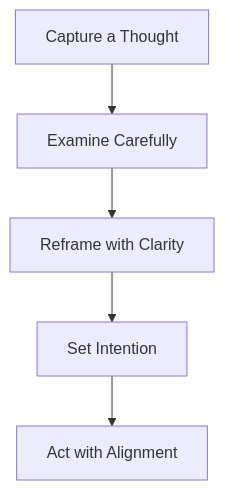
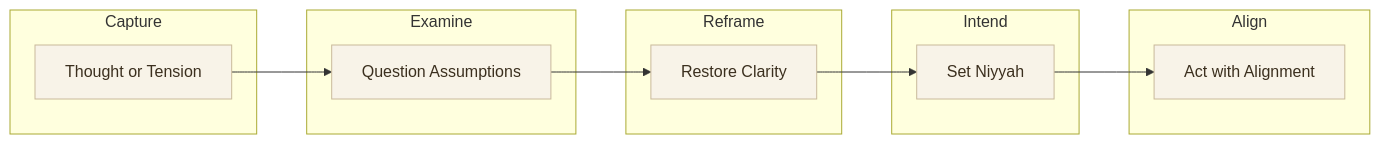
The first of 3 diagrams in README.md (byteworthy/Qamar), drawn with Mermaid before and after one commit. The commit also changed other lines of this file, not shown here.

Commit message:
docs: add logo and enhanced diagrams to README

````diff
--- a/README.md
+++ b/README.md
@@ -30,7 +34,23 @@
 ```mermaid
-flowchart TB
-  A[Capture a Thought] --> B[Examine Carefully]
-  B --> C[Reframe with Clarity]
-  C --> D[Set Intention]
-  D --> E[Act with Alignment]
+flowchart LR
+  subgraph Step1[Capture]
+    A[Thought or Tension]
+  end
+  subgraph Step2[Examine]
+    B[Question Assumptions]
+  end
+  subgraph Step3[Reframe]
+    C[Restore Clarity]
+  end
+  subgraph Step4[Intend]
+    D[Set Niyyah]
+  end
+  subgraph Step5[Align]
+    E[Act with Alignment]
+  end
+
+  A --> B --> C --> D --> E
+
+  classDef step fill:#f8f3e8,stroke:#c9b99b,color:#3b2f1e;
+  class A,B,C,D,E step;
 ```
````
